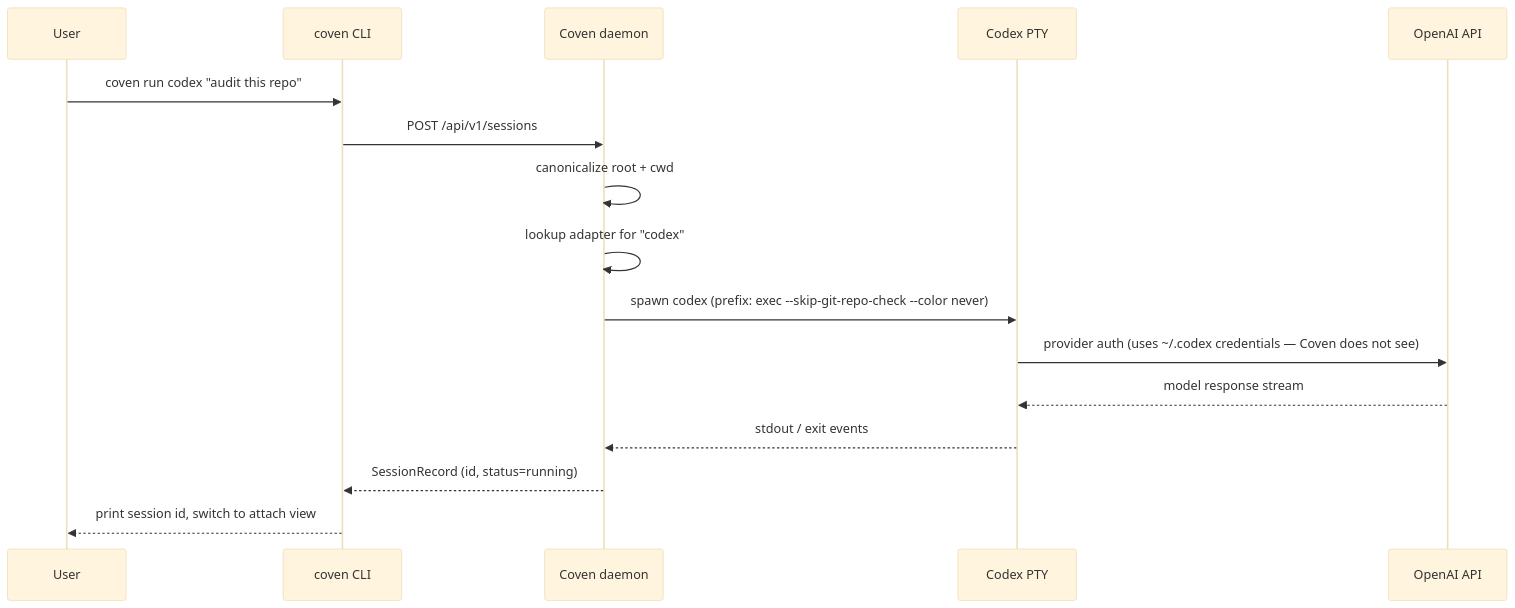
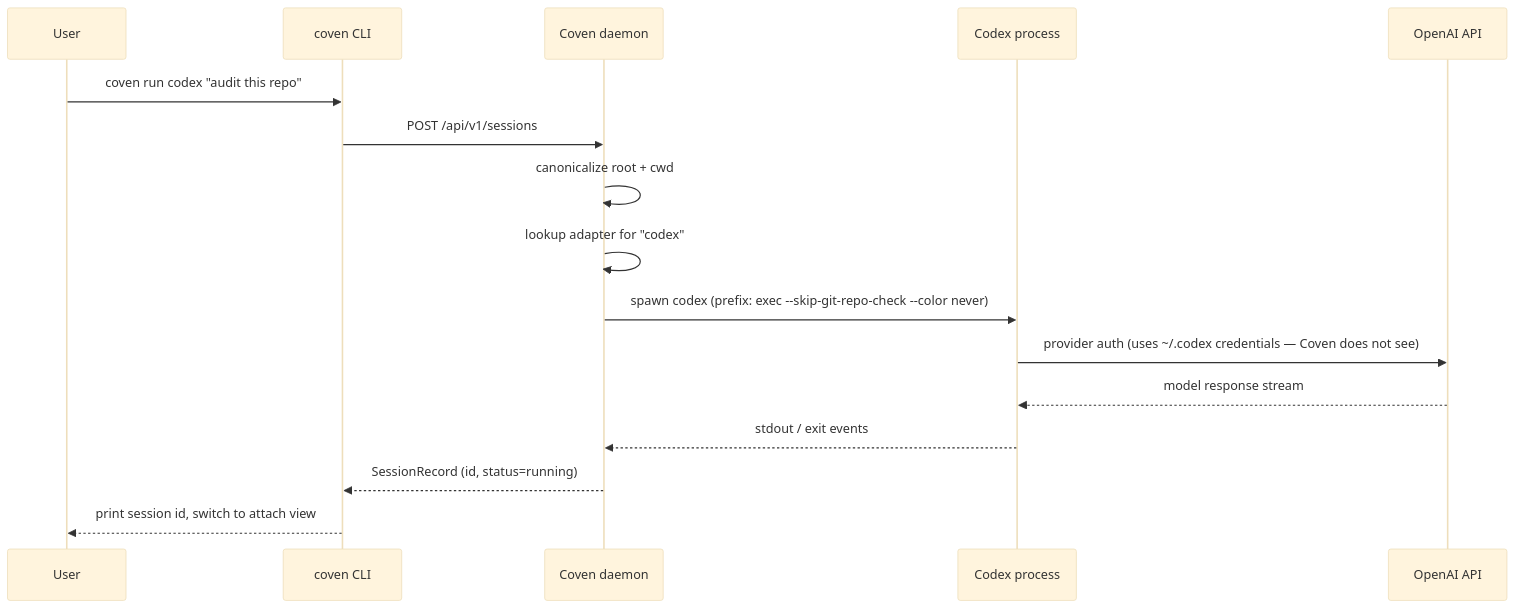
One commit to Uberration/MeatyCoven changed the diagram in docs/harnesses/codex.md. Above: the diagram before and after it, drawn with Mermaid (base theme). The commit also changed other lines of this file and 11 other files, not shown here.

````diff
--- a/docs/harnesses/codex.md
+++ b/docs/harnesses/codex.md
@@ -78,19 +83,19 @@
 ```mermaid
 sequenceDiagram
   participant U as User
   participant C as coven CLI
   participant D as Coven daemon
-  participant Cx as Codex PTY
+  participant Cx as Codex process
   participant Op as OpenAI API
 
   U->>C: coven run codex "audit this repo"
   C->>D: POST /api/v1/sessions
   D->>D: canonicalize root + cwd
   D->>D: lookup adapter for "codex"
   D->>Cx: spawn codex (prefix: exec --skip-git-repo-check --color never)
   Cx->>Op: provider auth (uses ~/.codex credentials — Coven does not see)
   Op-->>Cx: model response stream
   Cx-->>D: stdout / exit events
   D-->>C: SessionRecord (id, status=running)
   C-->>U: print session id, switch to attach view
 ```
````
